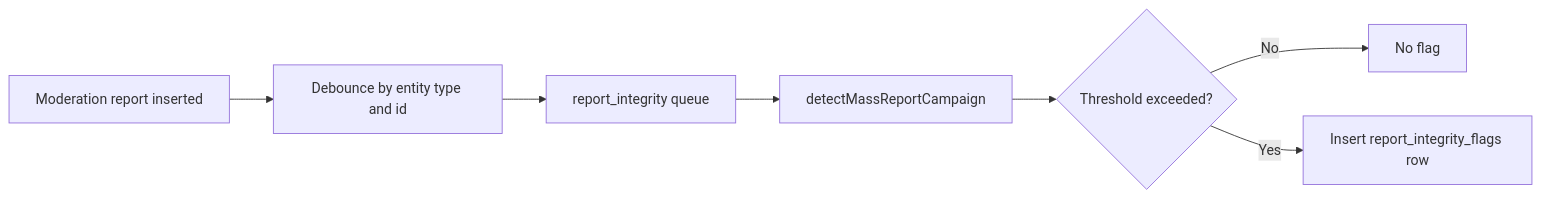
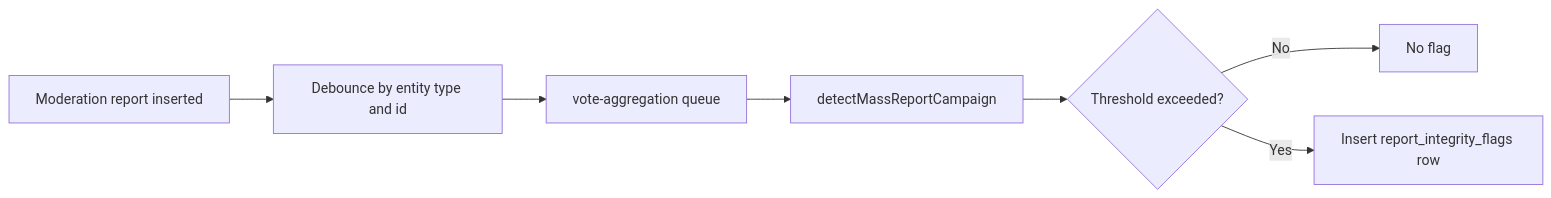
One commit to vouchington/vouchington changed the diagram in docs/overview/architecture/queues/report-integrity/README.md. Above: the diagram before and after it, drawn with Mermaid. The commit also changed other lines of this file and 227 other files, not shown here.

Commit message:
refactor(queue): merge vote aggregation jobs into one queue

````diff
--- a/docs/overview/architecture/queues/report-integrity/README.md
+++ b/docs/overview/architecture/queues/report-integrity/README.md
@@ -7,9 +7,9 @@
 ```mermaid
 flowchart LR
   report[Moderation report inserted] --> debounce[Debounce by entity type and id]
-  debounce --> queue[report_integrity queue]
+  debounce --> queue[vote-aggregation queue]
   queue --> detect[detectMassReportCampaign]
   detect --> threshold{Threshold exceeded?}
   threshold -- No --> done[No flag]
   threshold -- Yes --> flag[Insert report_integrity_flags row]
 ```
````
